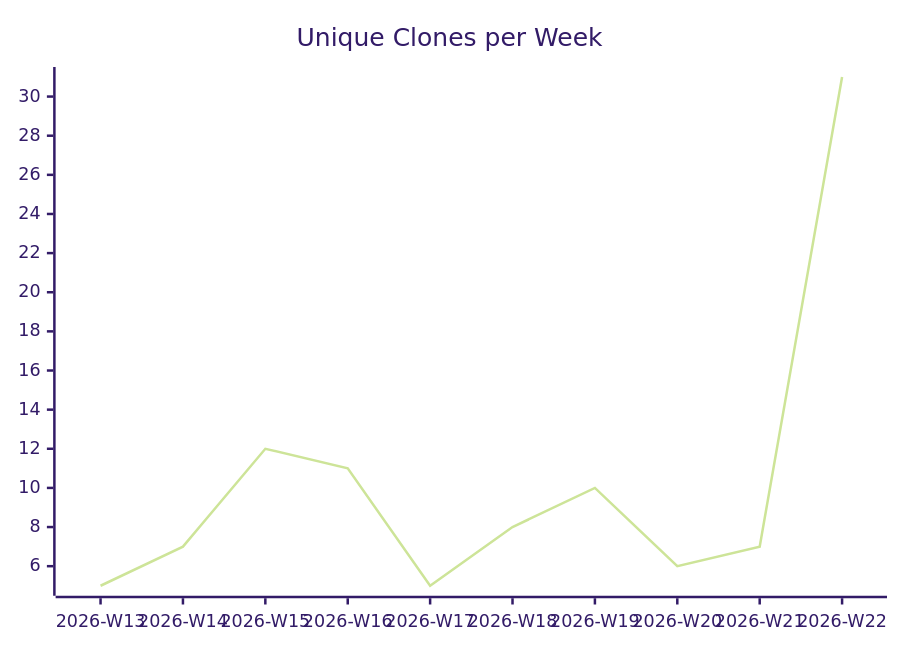
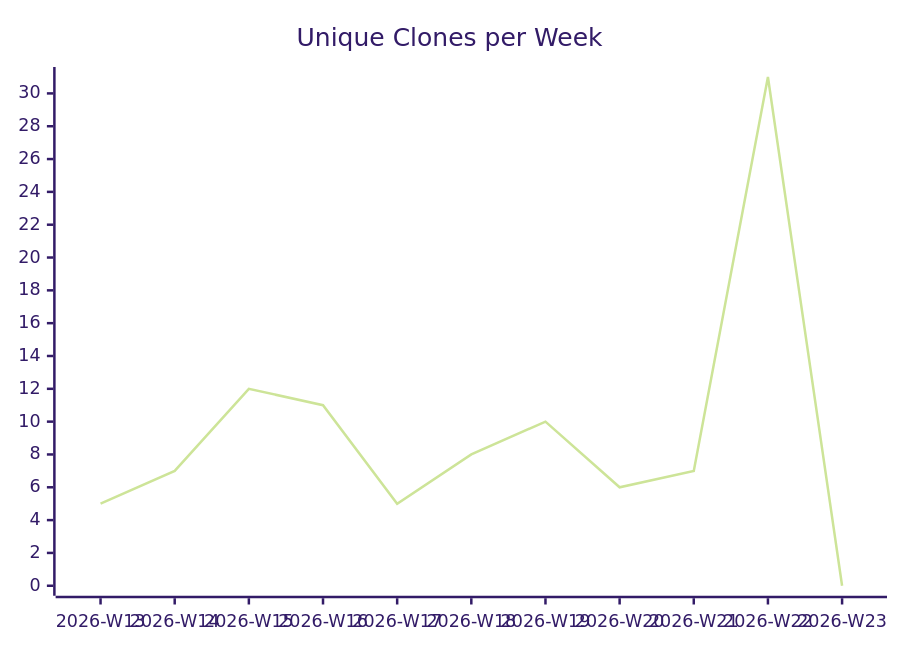
One commit to justdavis-family/github-analytics-data changed the third of 3 diagrams in karlmdavis/fhir-benchmarks/README.md. Above: the diagram before and after it, drawn with Mermaid (forest theme). The commit also changed other lines of this file and 186 other files, not shown here.

````diff
--- a/karlmdavis/fhir-benchmarks/README.md
+++ b/karlmdavis/fhir-benchmarks/README.md
@@ -19,6 +19,6 @@
 ```mermaid
 xychart-beta
   title "Unique Clones per Week"
-  x-axis ["2026-W13", "2026-W14", "2026-W15", "2026-W16", "2026-W17", "2026-W18", "2026-W19", "2026-W20", "2026-W21", "2026-W22"]
-  line [5, 7, 12, 11, 5, 8, 10, 6, 7, 31]
+  x-axis ["2026-W13", "2026-W14", "2026-W15", "2026-W16", "2026-W17", "2026-W18", "2026-W19", "2026-W20", "2026-W21", "2026-W22", "2026-W23"]
+  line [5, 7, 12, 11, 5, 8, 10, 6, 7, 31, 0]
 ```
````
